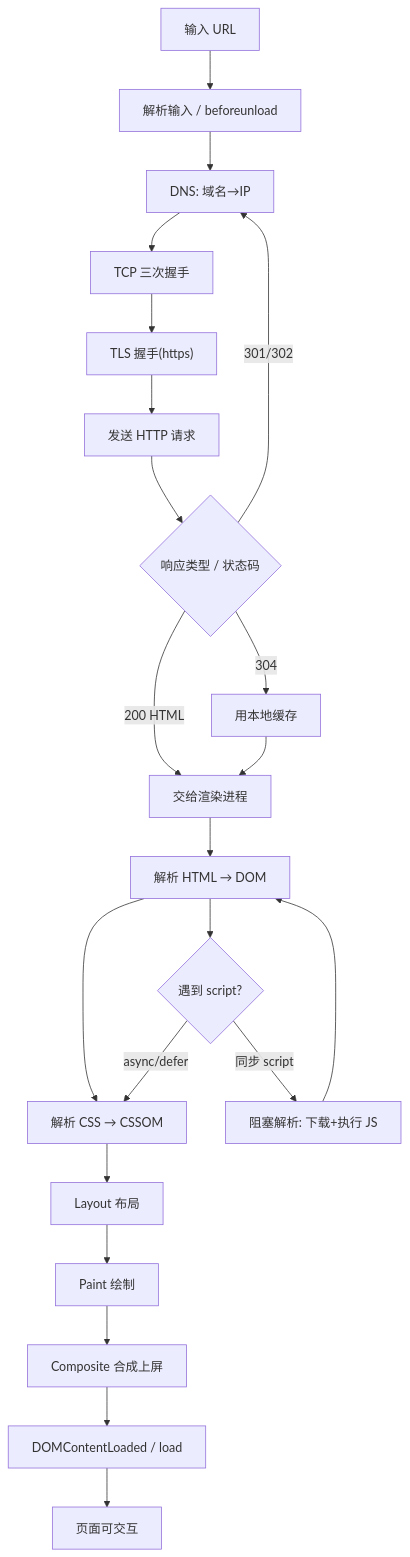
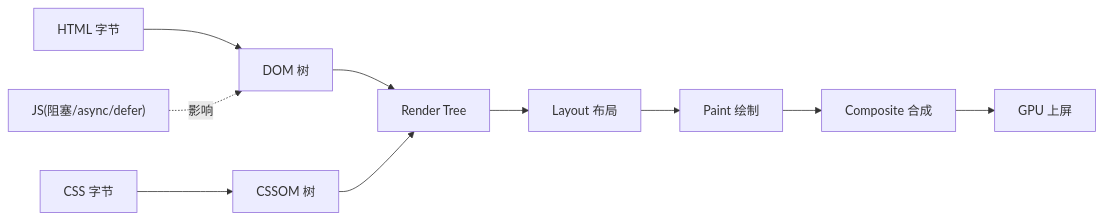
The fourth of 4 diagrams in 18-browser-principles/02-url-to-render/README.md (boyley/frontend-learning), drawn with Mermaid before and after one commit. The commit also changed other lines of this file and 101 other files, not shown here.

````diff
--- a/18-browser-principles/02-url-to-render/README.md
+++ b/18-browser-principles/02-url-to-render/README.md
@@ -70,24 +149,12 @@
 ```mermaid
-flowchart TD
-    A["输入 URL"] --> B["解析输入 / beforeunload"]
-    B --> C["DNS: 域名→IP"]
-    C --> D["TCP 三次握手"]
-    D --> E["TLS 握手(https)"]
-    E --> F["发送 HTTP 请求"]
-    F --> G{"响应类型 / 状态码"}
-    G -->|301/302| C
-    G -->|304| H["用本地缓存"]
-    G -->|200 HTML| I["交给渲染进程"]
-    H --> I
-    I --> J["解析 HTML → DOM"]
-    J --> K["解析 CSS → CSSOM"]
-    J --> L{"遇到 script?"}
-    L -->|同步 script| M["阻塞解析: 下载+执行 JS"]
-    M --> J
-    L -->|async/defer| K
-    K --> N["Layout 布局"]
-    N --> O["Paint 绘制"]
-    O --> P["Composite 合成上屏"]
-    P --> Q["DOMContentLoaded / load"]
-    Q --> R["页面可交互"]
+flowchart LR
+    HTML["HTML 字节"] --> DOM["DOM 树"]
+    CSS["CSS 字节"] --> CSSOM["CSSOM 树"]
+    JS["JS(阻塞/async/defer)"] -.影响.-> DOM
+    DOM --> RT["Render Tree"]
+    CSSOM --> RT
+    RT --> LO["Layout 布局"]
+    LO --> PA["Paint 绘制"]
+    PA --> CO["Composite 合成"]
+    CO --> GPU["GPU 上屏"]
 ```
````
